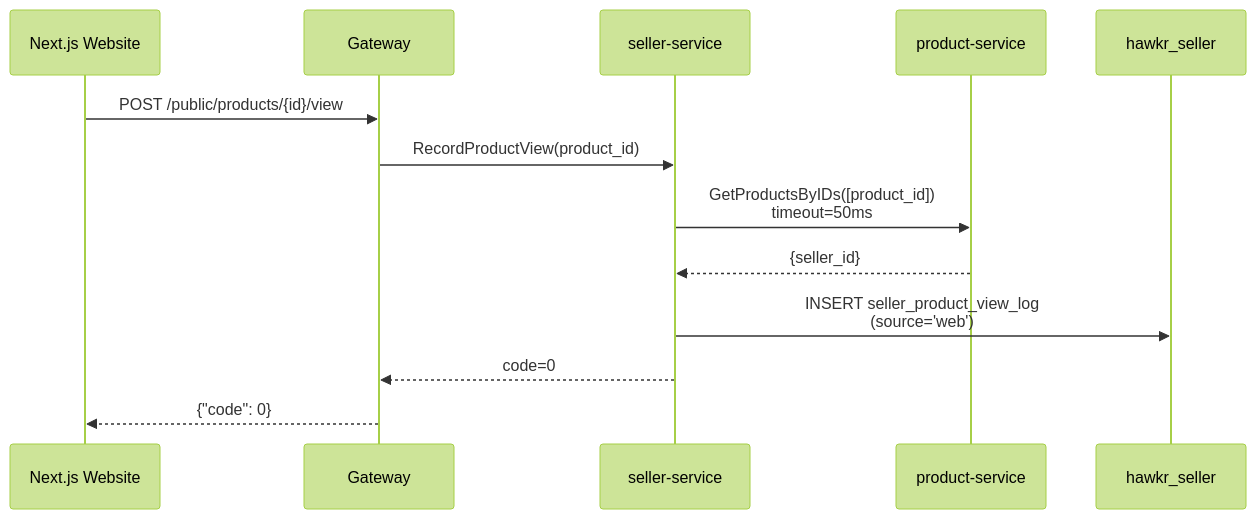
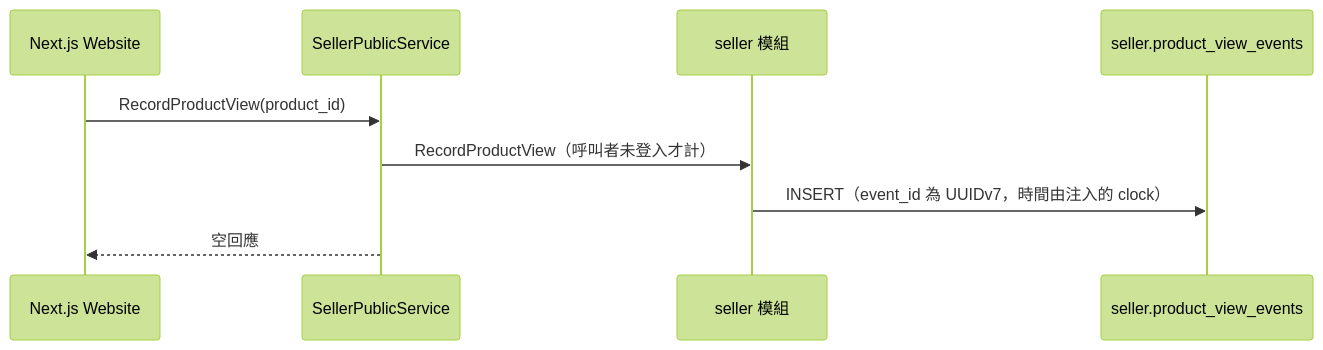
One commit to Will413028/hawkr changed the second of 2 diagrams in backend/docs/詳細設計書/28-商品瀏覽統計（Product View Stats）詳細設計書.md. Above: the diagram before and after it, drawn with Mermaid (forest theme). The commit also changed other lines of this file, not shown here.

Commit message:
docs(backend): 設計書 28 刪掉只對 seller-service 成立的內容，賣家部分改寫成單體現況

````diff
--- a/backend/docs/詳細設計書/28-商品瀏覽統計（Product View Stats）詳細設計書.md
+++ b/backend/docs/詳細設計書/28-商品瀏覽統計（Product View Stats）詳細設計書.md
@@ -126,16 +101,12 @@
 ```mermaid
 sequenceDiagram
     participant Web as Next.js Website
-    participant GW as Gateway
-    participant SellerSvc as seller-service
-    participant ProductSvc as product-service
-    participant DB as hawkr_seller
+    participant Pub as SellerPublicService
+    participant Seller as seller 模組
+    participant DB as seller.product_view_events
 
-    Web->>GW: POST /public/products/{id}/view
-    GW->>SellerSvc: RecordProductView(product_id)
-    SellerSvc->>ProductSvc: GetProductsByIDs([product_id])<br/>timeout=50ms
-    ProductSvc-->>SellerSvc: {seller_id}
-    SellerSvc->>DB: INSERT seller_product_view_log<br/>(source='web')
-    SellerSvc-->>GW: code=0
-    GW-->>Web: {"code": 0}
+    Web->>Pub: RecordProductView(product_id)
+    Pub->>Seller: RecordProductView（呼叫者未登入才計）
+    Seller->>DB: INSERT（event_id 為 UUIDv7，時間由注入的 clock）
+    Pub-->>Web: 空回應
 ```
````
